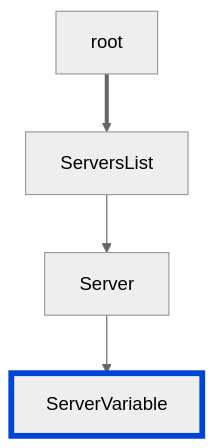
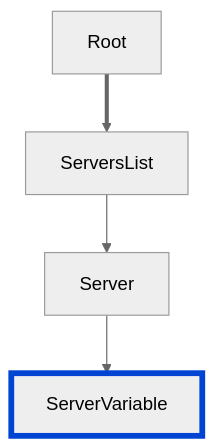
One commit to Redocly/redocly-cli changed the diagram in docs/@v1/rules/oas/no-undefined-server-variable.md. Above: the diagram before and after it, drawn with Mermaid (neutral theme). The commit also changed 36 other files, not shown here.

````diff
--- a/docs/@v1/rules/oas/no-undefined-server-variable.md
+++ b/docs/@v1/rules/oas/no-undefined-server-variable.md
@@ -15,7 +15,7 @@
 ```mermaid
 flowchart TD
 
-root ==> ServersList --> Server --> ServerVariable
+Root ==> ServersList --> Server --> ServerVariable
 
 style ServerVariable fill:#codaf9,stroke:#0044d4,stroke-width:5px
 ```
````
